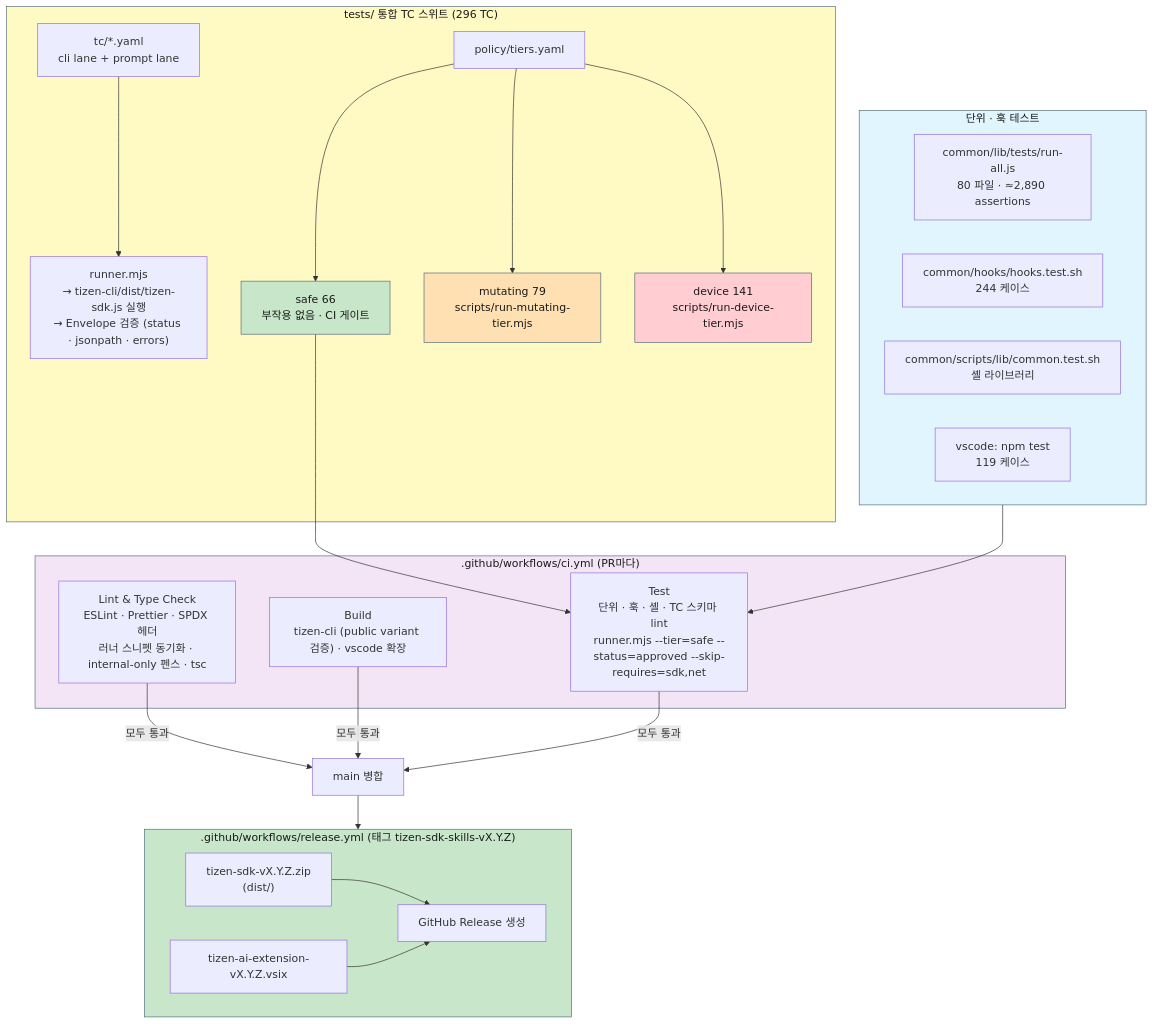
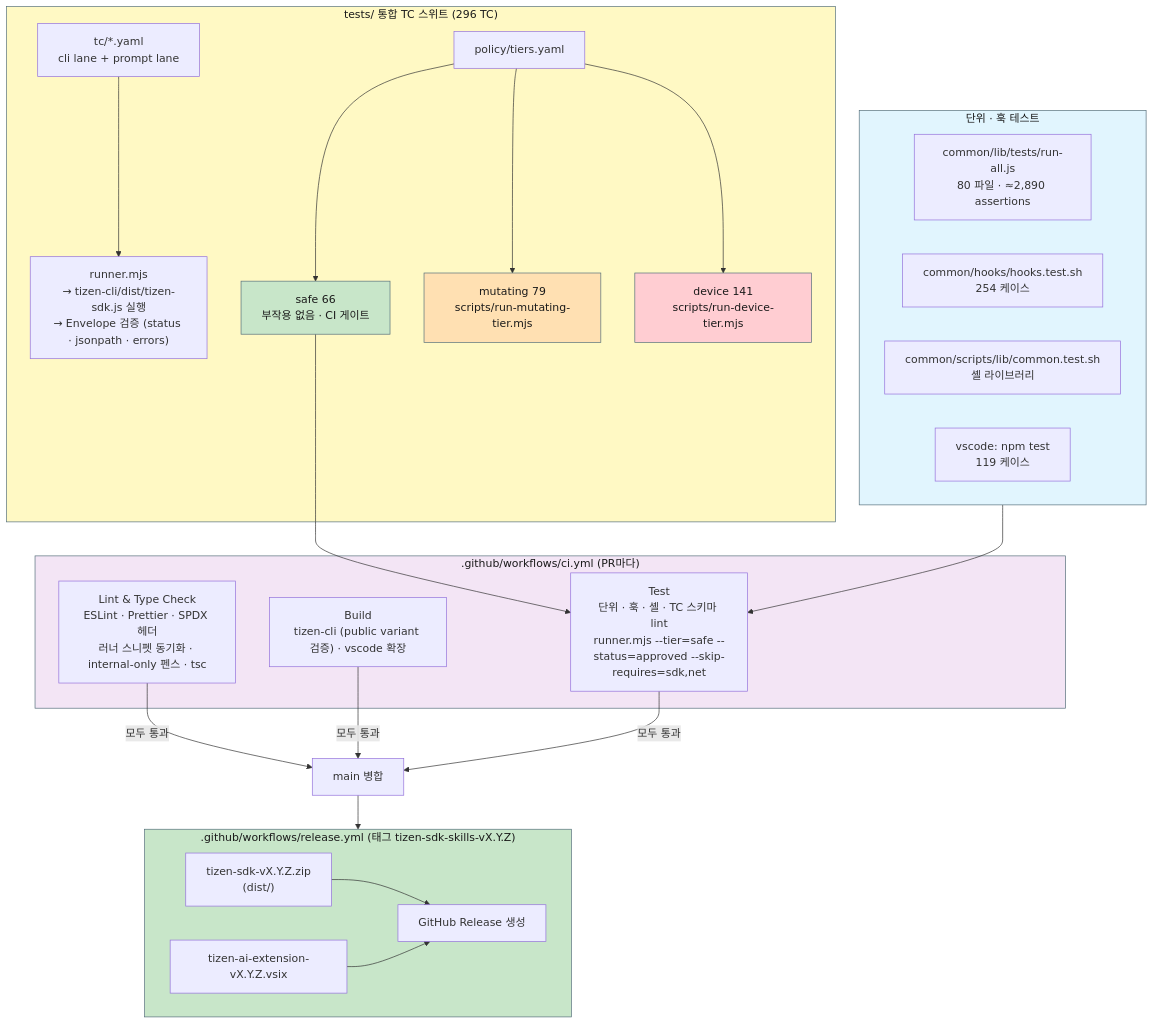
Before and after one commit to Samsung/tizen-agent-skills: the tenth of 10 diagrams in tizen-sdk-skills/docs/ARCHITECTURE_DIAGRAMS.md, drawn with Mermaid. The commit also changed other lines of this file and 5 other files, not shown here.

````diff
--- a/tizen-sdk-skills/docs/ARCHITECTURE_DIAGRAMS.md
+++ b/tizen-sdk-skills/docs/ARCHITECTURE_DIAGRAMS.md
@@ -449,45 +449,45 @@
 ```mermaid
 graph TB
     subgraph UNIT["단위 · 훅 테스트"]
         UT["common/lib/tests/run-all.js<br/>80 파일 · ≈2,890 assertions"]
-        HT["common/hooks/hooks.test.sh<br/>244 케이스"]
+        HT["common/hooks/hooks.test.sh<br/>254 케이스"]
         SLT["common/scripts/lib/common.test.sh<br/>셸 라이브러리"]
         VT["vscode: npm test<br/>119 케이스"]
     end
 
     subgraph SUITE["tests/ 통합 TC 스위트 (296 TC)"]
         TC["tc/*.yaml<br/>cli lane + prompt lane"]
         RUNNER["runner.mjs<br/>→ tizen-cli/dist/tizen-sdk.js 실행<br/>→ Envelope 검증 (status · jsonpath · errors)"]
         TIERS["policy/tiers.yaml"]
         SAFE["safe 66<br/>부작용 없음 · CI 게이트"]
         MUT["mutating 79<br/>scripts/run-mutating-tier.mjs"]
         DEV["device 141<br/>scripts/run-device-tier.mjs"]
         TC --> RUNNER
         TIERS --> SAFE & MUT & DEV
     end
 
     subgraph CI[".github/workflows/ci.yml (PR마다)"]
         J1["Lint & Type Check<br/>ESLint · Prettier · SPDX 헤더<br/>러너 스니펫 동기화 · internal-only 펜스 · tsc"]
         J2["Build<br/>tizen-cli (public variant 검증) · vscode 확장"]
         J3["Test<br/>단위 · 훅 · 셸 · TC 스키마 lint<br/>runner.mjs --tier=safe --status=approved --skip-requires=sdk,net"]
     end
 
     subgraph REL[".github/workflows/release.yml (태그 tizen-sdk-skills-vX.Y.Z)"]
         R1["tizen-sdk-vX.Y.Z.zip<br/>(dist/)"]
         R2["tizen-ai-extension-vX.Y.Z.vsix"]
         R3["GitHub Release 생성"]
         R1 & R2 --> R3
     end
 
     UNIT --> J3
     SAFE --> J3
     J1 & J2 & J3 -->|"모두 통과"| MERGE["main 병합"] --> REL
 
     style UNIT fill:#e1f5fe,stroke:#546e7a,color:#1a1a1a
     style SUITE fill:#fff9c4,stroke:#546e7a,color:#1a1a1a
     style SAFE fill:#c8e6c9,stroke:#546e7a,color:#1a1a1a
     style MUT fill:#ffe0b2,stroke:#546e7a,color:#1a1a1a
     style DEV fill:#ffcdd2,stroke:#546e7a,color:#1a1a1a
     style CI fill:#f3e5f5,stroke:#546e7a,color:#1a1a1a
     style REL fill:#c8e6c9,stroke:#546e7a,color:#1a1a1a
 ```
````
